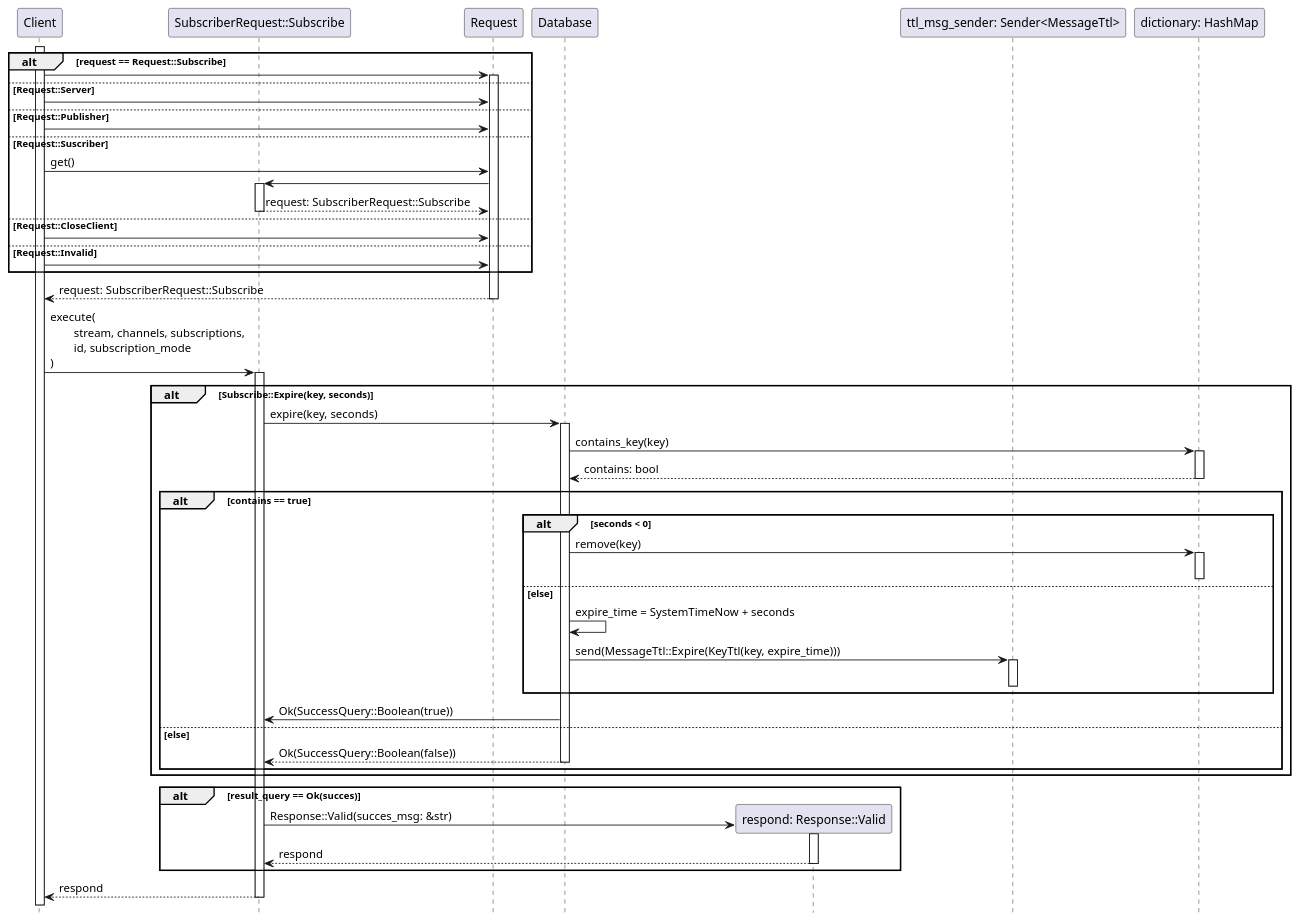
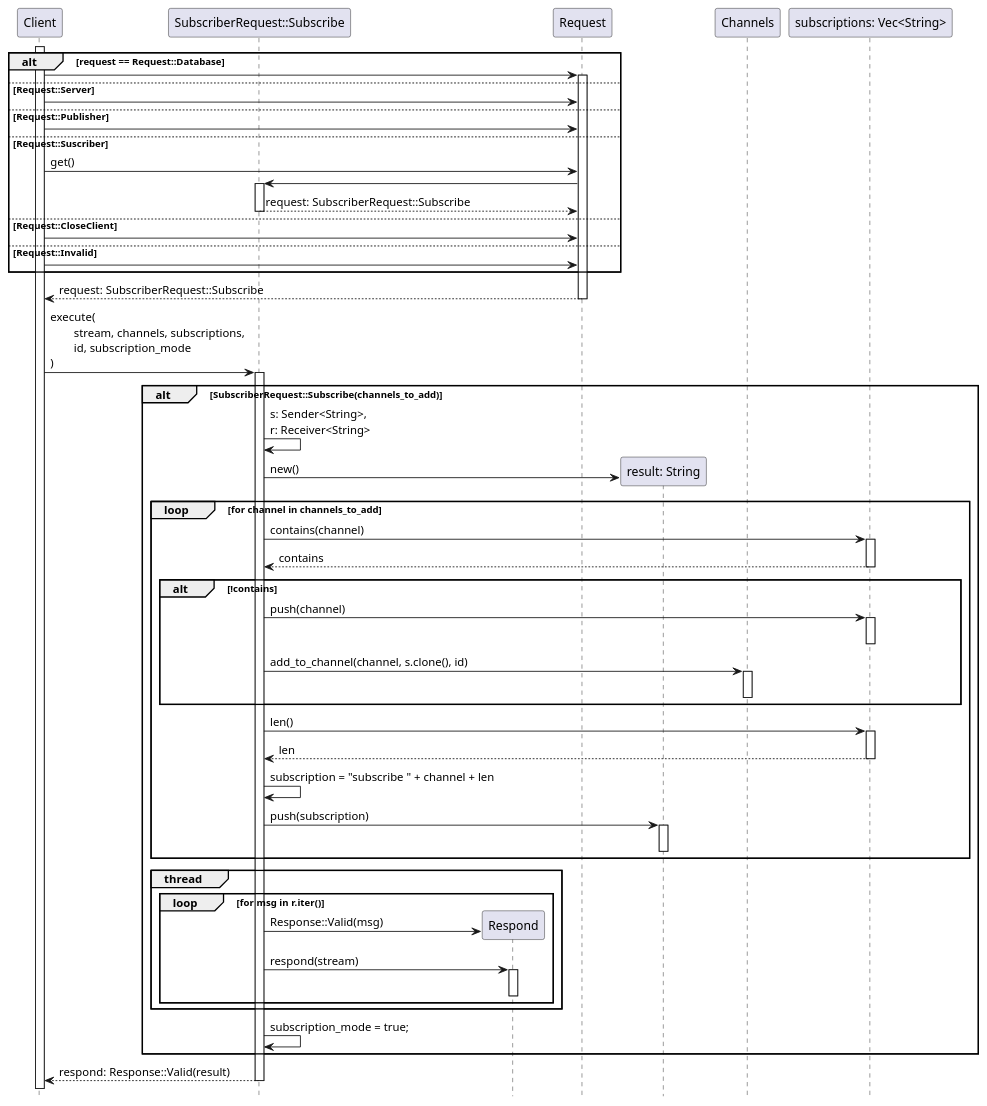
One commit to taller-1-fiuba-rust/21C1-OxidadosFC changed the diagram in src/Diagramas/subscribe_command.puml. Above: the diagram before and after it, drawn with PlantUML. The commit also changed 3 other files, not shown here.

Commit message:
diagrams done

```diff
--- a/src/Diagramas/subscribe_command.puml
+++ b/src/Diagramas/subscribe_command.puml
@@ -1,57 +1,66 @@
 @startuml subscribe command
 hide footbox
 activate Client
 participant Client order 10
-participant Database order 30
-participant Request order 20
+participant Request order 23
 
-    alt request == Request::Subscribe
+    alt request == Request::Database
         Client -> Request++:
     else Request::Server
         Client -> Request:
     else Request::Publisher
         Client -> Request:
     else Request::Suscriber
         Client -> Request: get()
         participant Subscribe as "SubscriberRequest::Subscribe"
         Request -> Subscribe++:
         return request: SubscriberRequest::Subscribe
     else Request::CloseClient
         Client -> Request:
     else Request::Invalid
         Client -> Request:
     end
     
     return request: SubscriberRequest::Subscribe
 
     Client -> Subscribe++: execute(\n\tstream, channels, subscriptions,\n\tid, subscription_mode\n)
 
-    alt Subscribe::Expire(key, seconds)
-        Subscribe -> Database++: expire(key, seconds)
-        participant Dictionary as "dictionary: HashMap" order 35
-        Database -> Dictionary ++: contains_key(key)
-        return contains: bool
-        alt contains == true
-            alt seconds < 0
-                Database -> Dictionary++: remove(key)
-                deactivate Dictionary
-            else else
-                Database -> Database: expire_time = SystemTimeNow + seconds
-                participant msg_sender as "ttl_msg_sender: Sender<MessageTtl>" order 34
-                Database -> msg_sender++: send(MessageTtl::Expire(KeyTtl(key, expire_time)))
-                deactivate msg_sender
+    alt SubscriberRequest::Subscribe(channels_to_add)
+        Subscribe -> Subscribe:  s: Sender<String>,\nr: Receiver<String>
+        participant result as "result: String" order 24
+        create result
+        Subscribe -> result: new()
+        loop for channel in channels_to_add
+            participant subscriptions as "subscriptions: Vec<String>" order 40
+            Subscribe -> subscriptions++: contains(channel)
+            return contains
+            alt !contains
+                Subscribe -> subscriptions++: push(channel)
+                deactivate subscriptions
+                participant Channels order 25
+                Subscribe -> Channels++: add_to_channel(channel, s.clone(), id)
+                deactivate Channels
             end
-            Database -> Subscribe: Ok(SuccessQuery::Boolean(true))
-        else else
-            return Ok(SuccessQuery::Boolean(false))
+
+            Subscribe -> subscriptions ++: len()
+            return len
+            Subscribe -> Subscribe: subscription = "subscribe " + channel + len
+            
+            Subscribe -> result++: push(subscription)
+            deactivate result
         end
+
+        group thread
+            loop for msg in r.iter()
+                participant Respond order 21
+                create Respond
+                Subscribe -> Respond: Response::Valid(msg)
+                Subscribe -> Respond++: respond(stream)
+                deactivate Respond
+            end
+        end
+
+        Subscribe -> Subscribe: subscription_mode = true;
     end
-
-    alt result_query == Ok(succes)
-        participant Respond as "respond: Response::Valid" order 31
-        create Respond
-        Subscribe -> Respond++: Response::Valid(succes_msg: &str)
-        return respond
-    end
-    return respond
+    return respond: Response::Valid(result)
 @enduml
```
